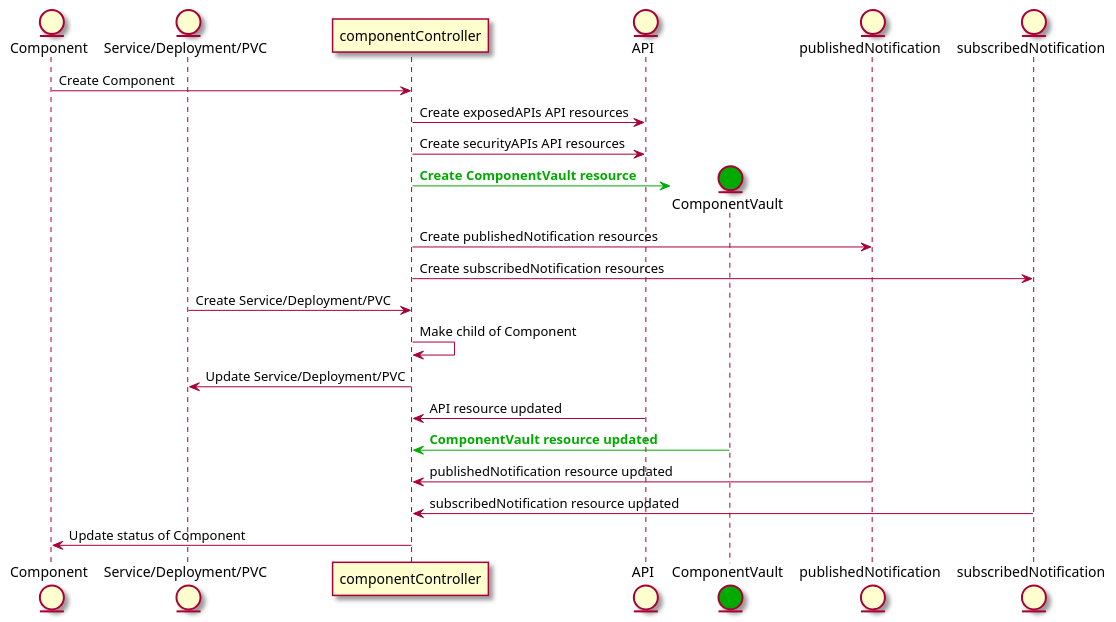
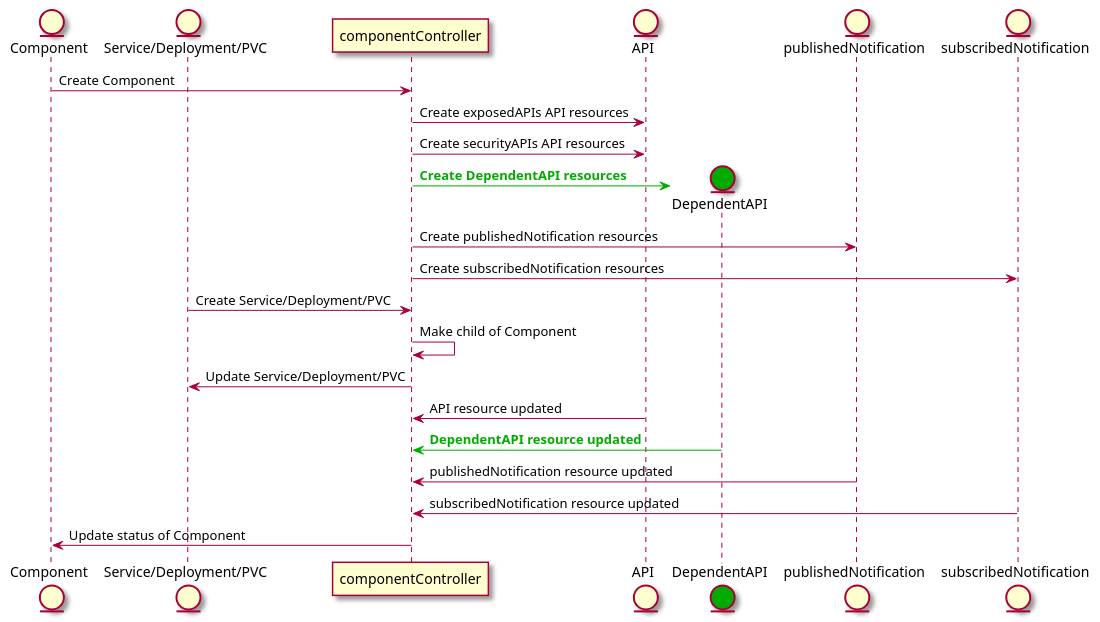
Before and after one commit to tmforum-oda/oda-canvas: the diagram in source/operators/componentOperator/sequenceDiagrams/componentOperator.puml, drawn with PlantUML. The commit also changed 1 other file, not shown here.

Commit message:
update sequence diagram for component operator.

```diff
--- a/source/operators/componentOperator/sequenceDiagrams/componentOperator.puml
+++ b/source/operators/componentOperator/sequenceDiagrams/componentOperator.puml
@@ -1,30 +1,30 @@
 @startuml
 skin rose 
 
 entity Component
 entity "Service/Deployment/PVC"
 participant componentController
 entity API
-entity ComponentVault #00AA00
+entity DependentAPI #00AA00
 entity publishedNotification
 entity subscribedNotification
 
 Component-> componentController: Create Component
 componentController -> API: Create exposedAPIs API resources
 componentController -> API: Create securityAPIs API resources
-componentController -[#00AA00]> ComponentVault **: <b><color:#00AA00>Create ComponentVault resource</color></b> 
+componentController -[#00AA00]> DependentAPI **: <b><color:#00AA00>Create DependentAPI resources</color></b> 
 componentController -> publishedNotification: Create publishedNotification resources
 componentController -> subscribedNotification: Create subscribedNotification resources
 
 
 "Service/Deployment/PVC"-> componentController: Create Service/Deployment/PVC
 componentController-> componentController: Make child of Component
 componentController-> "Service/Deployment/PVC": Update Service/Deployment/PVC
 
 API-> componentController: API resource updated 
-ComponentVault-[#00AA00]> componentController : <b><color:#00AA00>ComponentVault resource updated</color></b> 
+DependentAPI-[#00AA00]> componentController : <b><color:#00AA00>DependentAPI resource updated</color></b> 
 publishedNotification-> componentController: publishedNotification resource updated 
 subscribedNotification-> componentController: subscribedNotification resource updated 
 componentController -> Component: Update status of Component
 
 @enduml
```
